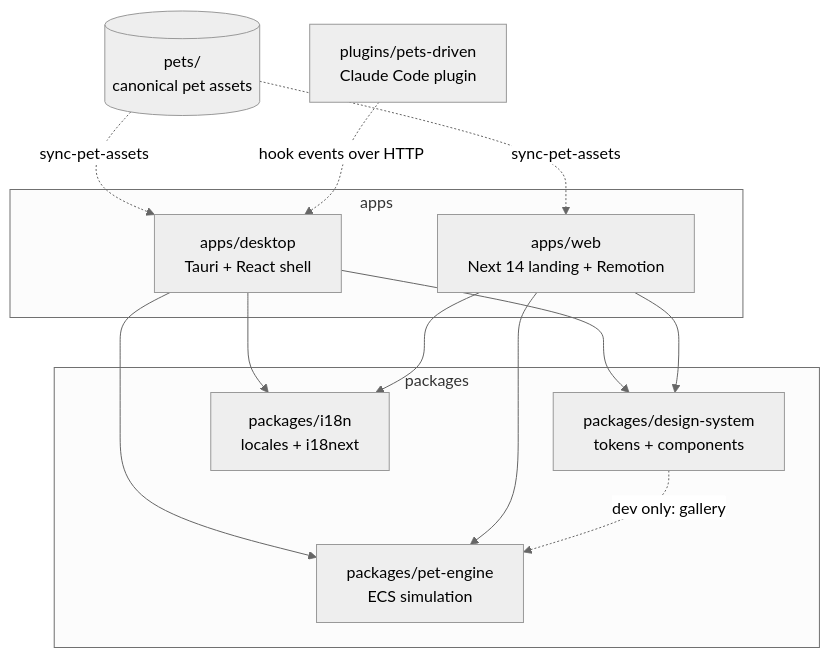
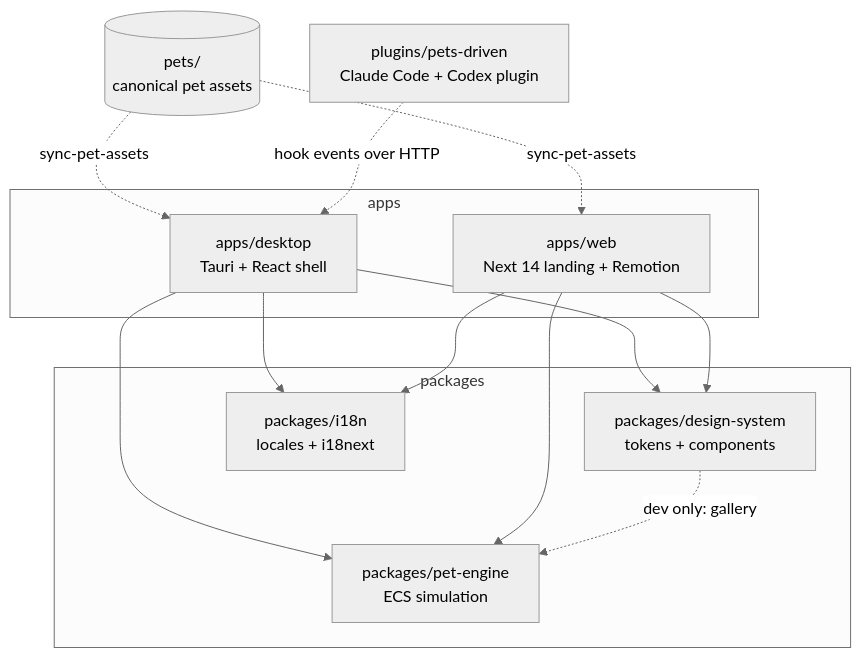
The first of 2 diagrams in ARCHITECTURE.md (young1the/pets-driven), drawn with Mermaid (neutral theme) before and after one commit. The commit also changed other lines of this file and 24 other files, not shown here.

Commit message:
Add Codex plugin hook integration

````diff
--- a/ARCHITECTURE.md
+++ b/ARCHITECTURE.md
@@ -7,25 +7,25 @@
 ```mermaid
 graph TD
   subgraph apps
     desktop["apps/desktop<br/>Tauri + React shell"]
     web["apps/web<br/>Next 14 landing + Remotion"]
   end
   subgraph packages
     engine["packages/pet-engine<br/>ECS simulation"]
     ds["packages/design-system<br/>tokens + components"]
     i18n["packages/i18n<br/>locales + i18next"]
   end
   assets[("pets/<br/>canonical pet assets")]
-  plugin["plugins/pets-driven<br/>Claude Code plugin"]
+  plugin["plugins/pets-driven<br/>Claude Code + Codex plugin"]
 
   desktop --> engine
   desktop --> ds
   desktop --> i18n
   web --> engine
   web --> ds
   web --> i18n
   ds -.->|dev only: gallery| engine
   assets -.->|sync-pet-assets| desktop
   assets -.->|sync-pet-assets| web
   plugin -.->|hook events over HTTP| desktop
 ```
````
